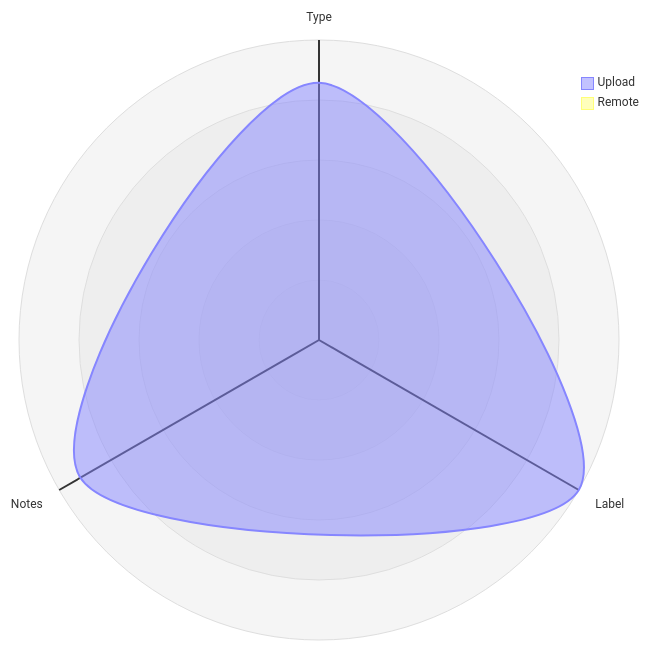
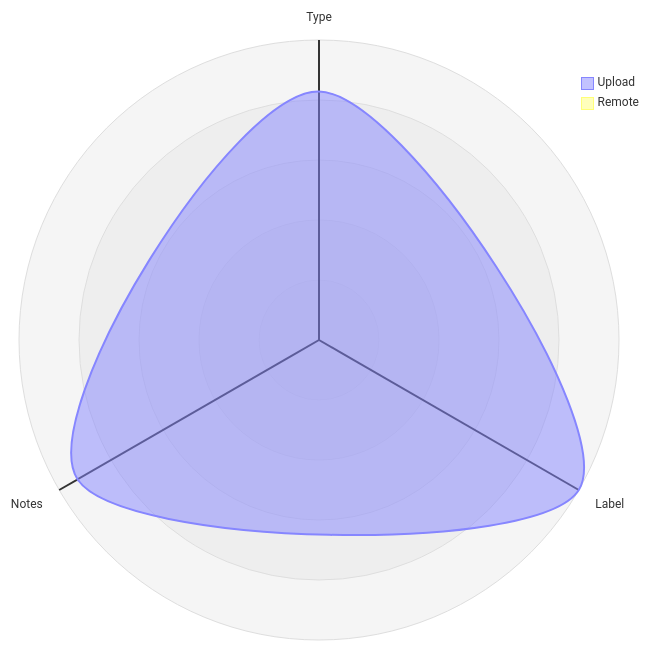
One commit to open-data/analytics-corporate-reporting changed the third of 5 diagrams in datastore_tracker/README.md. Above: the diagram before and after it, drawn with Mermaid. The commit also changed other lines of this file and 7 other files, not shown here.

````diff
--- a/datastore_tracker/README.md
+++ b/datastore_tracker/README.md
@@ -106,12 +106,12 @@
 ```mermaid
 radar-beta
   axis T["Type"], L["Label"], N["Notes"]
-  curve u["Upload"]{0.00084, 0.00098, 0.0009}
+  curve u["Upload"]{0.00082, 0.00099, 0.00092}
   curve r["Remote"]{0, 0, 0}
 
   showLegend true
 
   min 0
   graticule circle
   ticks 5
 ```
````
